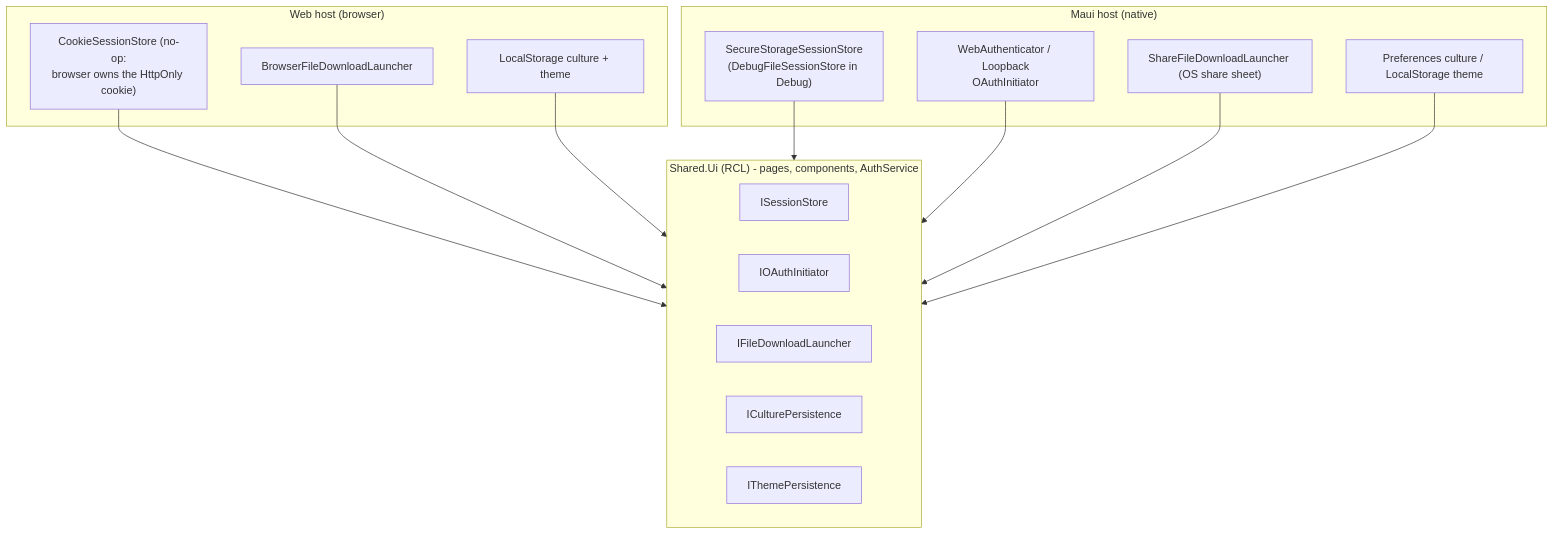
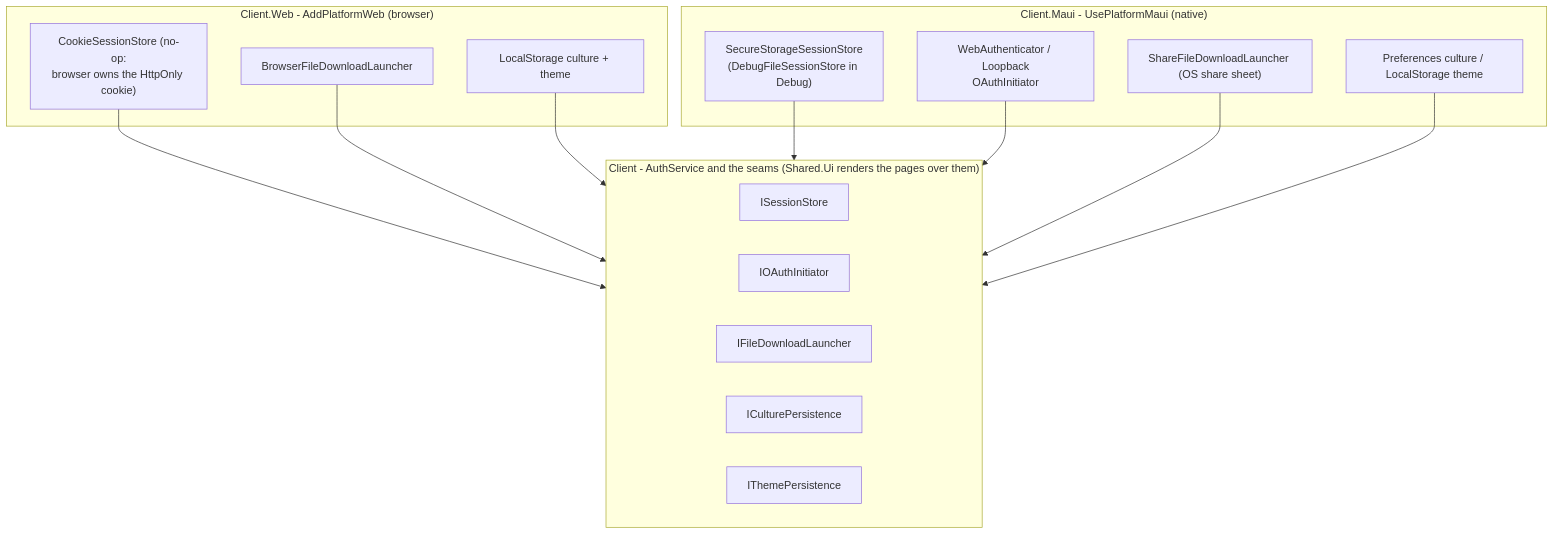
Before and after one commit to argamboad/perezosoft-platform: the eighth of 9 diagrams in docs/ARCHITECTURE.md, drawn with Mermaid. The commit also changed other lines of this file and 13 other files, not shown here.

````diff
--- a/docs/ARCHITECTURE.md
+++ b/docs/ARCHITECTURE.md
@@ -351,23 +357,23 @@
 ```mermaid
 flowchart TB
-    subgraph rcl ["Shared.Ui (RCL) - pages, components, AuthService"]
+    subgraph rcl ["Client - AuthService and the seams (Shared.Ui renders the pages over them)"]
         SS["ISessionStore"]
         OI["IOAuthInitiator"]
         FD["IFileDownloadLauncher"]
         CP["ICulturePersistence"]
         TP["IThemePersistence"]
     end
-    subgraph web ["Web host (browser)"]
+    subgraph web ["Client.Web - AddPlatformWeb (browser)"]
         W1["CookieSessionStore (no-op:<br/>browser owns the HttpOnly cookie)"]
         W3["BrowserFileDownloadLauncher"]
         W4["LocalStorage culture + theme"]
     end
-    subgraph maui ["Maui host (native)"]
+    subgraph maui ["Client.Maui - UsePlatformMaui (native)"]
         M1["SecureStorageSessionStore<br/>(DebugFileSessionStore in Debug)"]
         M2["WebAuthenticator / Loopback<br/>OAuthInitiator"]
         M3["ShareFileDownloadLauncher (OS share sheet)"]
         M4["Preferences culture / LocalStorage theme"]
     end
     W1 & W3 & W4 --> rcl
     M1 & M2 & M3 & M4 --> rcl
 ```
````
